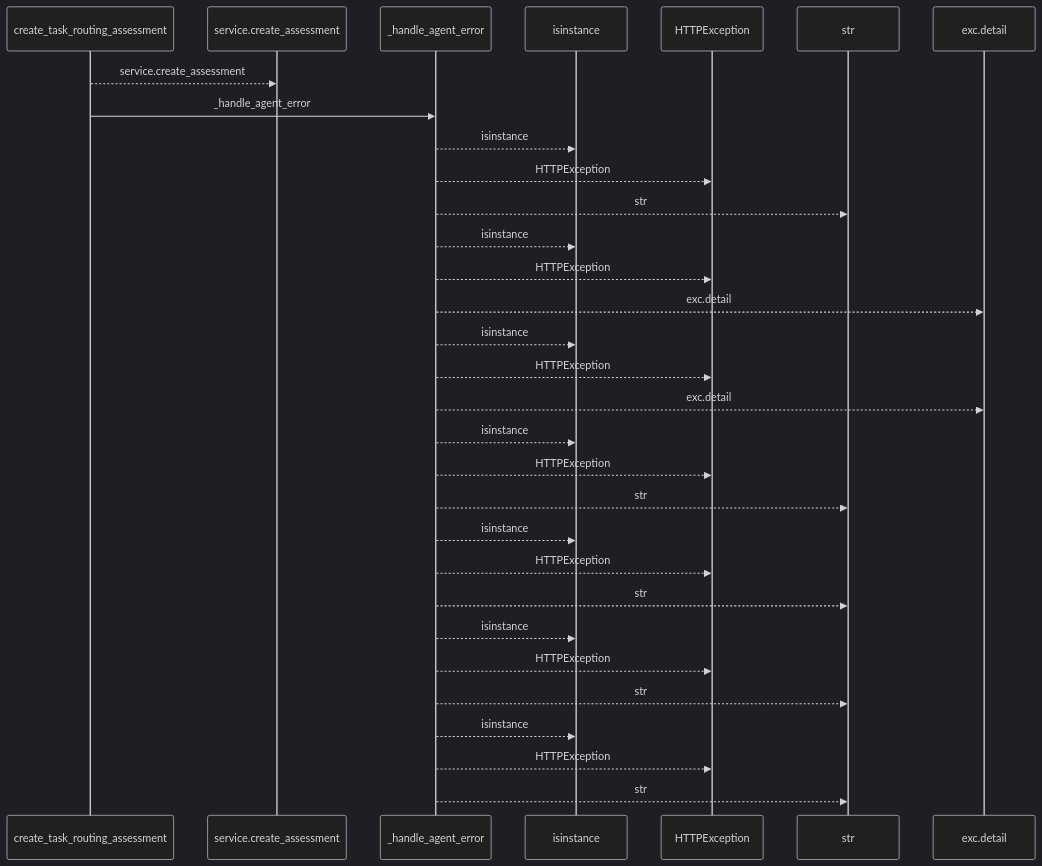
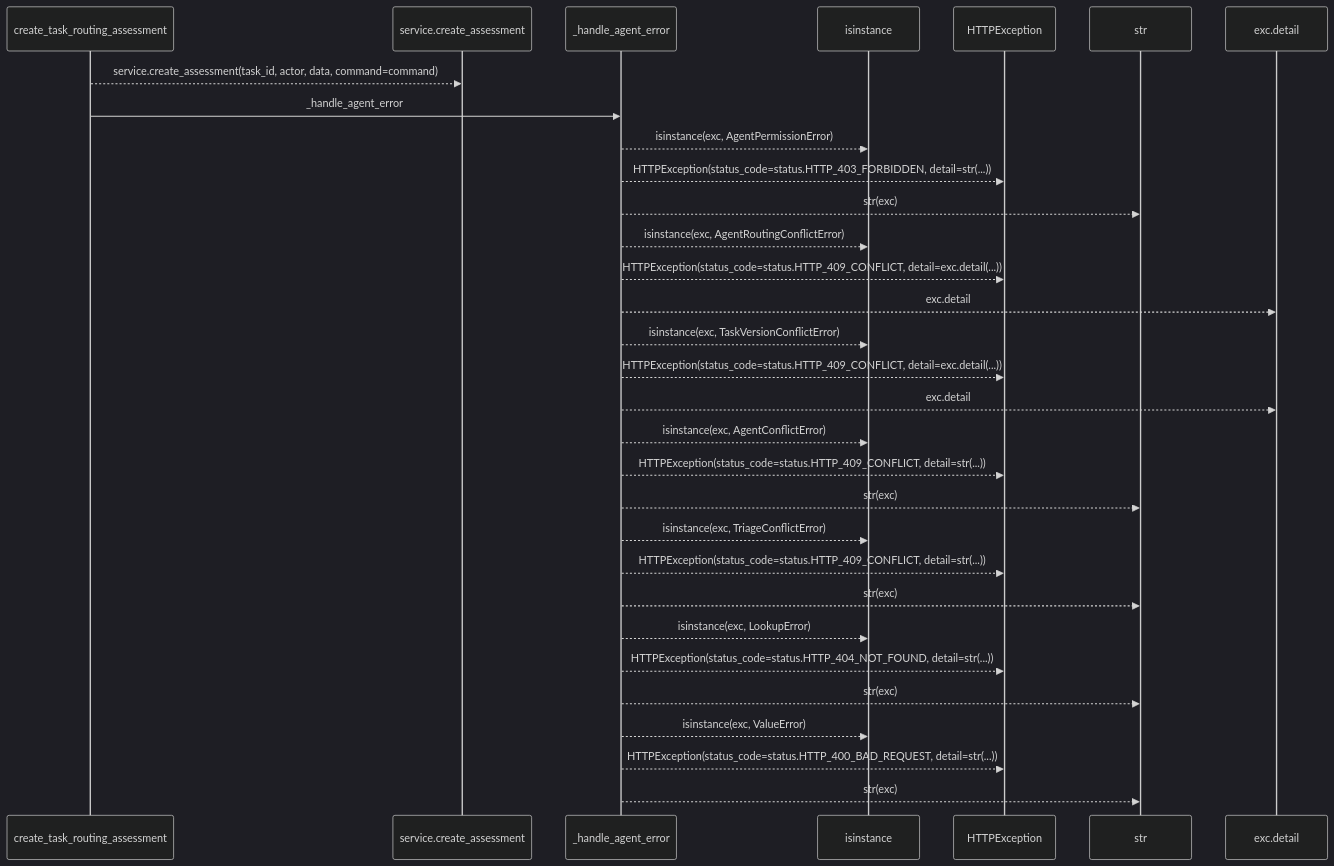
The first of 2 diagrams in docs/llm_wiki/flows/http-create_task_routing_assessment.md (Denissvgn/WorkChord), drawn with Mermaid (dark theme) before and after one commit. The commit also changed other lines of this file and 25171 other files, not shown here.

````diff
--- a/docs/llm_wiki/flows/http-create_task_routing_assessment.md
+++ b/docs/llm_wiki/flows/http-create_task_routing_assessment.md
@@ -10,33 +12,33 @@
 ```mermaid
 sequenceDiagram
     participant p0 as create_task_routing_assessment
     participant p1 as service.create_assessment
     participant p2 as _handle_agent_error
     participant p3 as isinstance
     participant p4 as HTTPException
     participant p5 as str
     participant p6 as exc.detail
-    p0-->>p1: service.create_assessment
+    p0-->>p1: service.create_assessment(task_id, actor, data, command=command)
     p0->>p2: _handle_agent_error
-    p2-->>p3: isinstance
-    p2-->>p4: HTTPException
-    p2-->>p5: str
-    p2-->>p3: isinstance
-    p2-->>p4: HTTPException
+    p2-->>p3: isinstance(exc, AgentPermissionError)
+    p2-->>p4: HTTPException(status_code=status.HTTP_403_FORBIDDEN, detail=str(...))
+    p2-->>p5: str(exc)
+    p2-->>p3: isinstance(exc, AgentRoutingConflictError)
+    p2-->>p4: HTTPException(status_code=status.HTTP_409_CONFLICT, detail=exc.detail(...))
     p2-->>p6: exc.detail
-    p2-->>p3: isinstance
-    p2-->>p4: HTTPException
+    p2-->>p3: isinstance(exc, TaskVersionConflictError)
+    p2-->>p4: HTTPException(status_code=status.HTTP_409_CONFLICT, detail=exc.detail(...))
     p2-->>p6: exc.detail
-    p2-->>p3: isinstance
-    p2-->>p4: HTTPException
-    p2-->>p5: str
-    p2-->>p3: isinstance
-    p2-->>p4: HTTPException
-    p2-->>p5: str
-    p2-->>p3: isinstance
-    p2-->>p4: HTTPException
-    p2-->>p5: str
-    p2-->>p3: isinstance
-    p2-->>p4: HTTPException
-    p2-->>p5: str
+    p2-->>p3: isinstance(exc, AgentConflictError)
+    p2-->>p4: HTTPException(status_code=status.HTTP_409_CONFLICT, detail=str(...))
+    p2-->>p5: str(exc)
+    p2-->>p3: isinstance(exc, TriageConflictError)
+    p2-->>p4: HTTPException(status_code=status.HTTP_409_CONFLICT, detail=str(...))
+    p2-->>p5: str(exc)
+    p2-->>p3: isinstance(exc, LookupError)
+    p2-->>p4: HTTPException(status_code=status.HTTP_404_NOT_FOUND, detail=str(...))
+    p2-->>p5: str(exc)
+    p2-->>p3: isinstance(exc, ValueError)
+    p2-->>p4: HTTPException(status_code=status.HTTP_400_BAD_REQUEST, detail=str(...))
+    p2-->>p5: str(exc)
 ```
````
